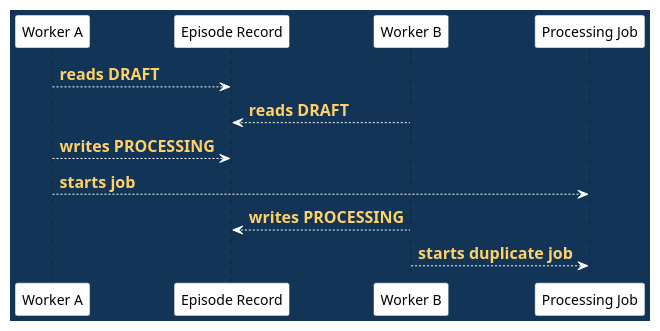
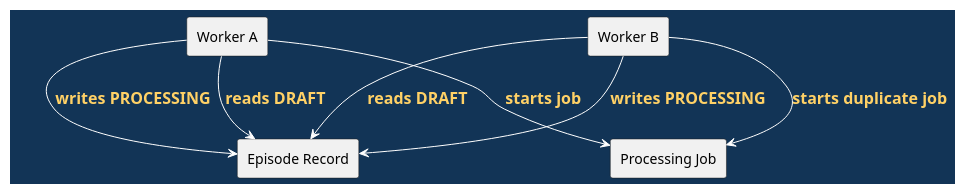
Before and after one commit to madajaju/CS5254: the seventh of 11 diagrams in doc/lectures/week4/object_ownership/README.slides.adoc, drawn with PlantUML. The commit also changed other lines of this file and 74 other files, not shown here.

```diff
--- a/doc/lectures/week4/object_ownership/README.slides.adoc
+++ b/doc/lectures/week4/object_ownership/README.slides.adoc
@@ -252,29 +252,29 @@
 [plantuml,failure-interleaving,svg,width=100%]
 ----
 @startuml
 skinparam BackgroundColor #123456
 skinparam DefaultFontColor black
 skinparam ArrowColor white
 skinparam ArrowFontColor #ffd166
 skinparam ArrowFontStyle bold
 skinparam ArrowFontSize 16
 skinparam LifeLineBorderColor white
 skinparam LifeLineBackgroundColor white
 skinparam ParticipantBorderColor #123456
 skinparam ParticipantBackgroundColor white
 skinparam ParticipantFontColor black
 skinparam shadowing false
 
-participant "Worker A" as A
-participant "Episode Record" as R
-participant "Worker B" as B
-participant "Processing Job" as J
+rectangle "Worker A" as A
+rectangle "Episode Record" as R
+rectangle "Worker B" as B
+rectangle "Processing Job" as J
 
 A --> R : reads DRAFT
 B --> R : reads DRAFT
 A --> R : writes PROCESSING
 A --> J : starts job
 B --> R : writes PROCESSING
 B --> J : starts duplicate job
 @enduml
 ----
```
